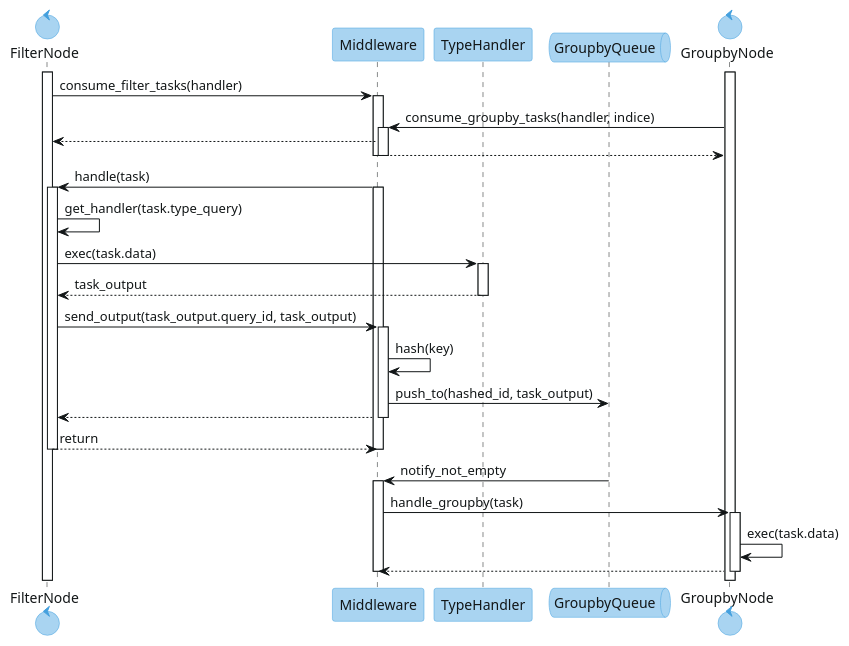
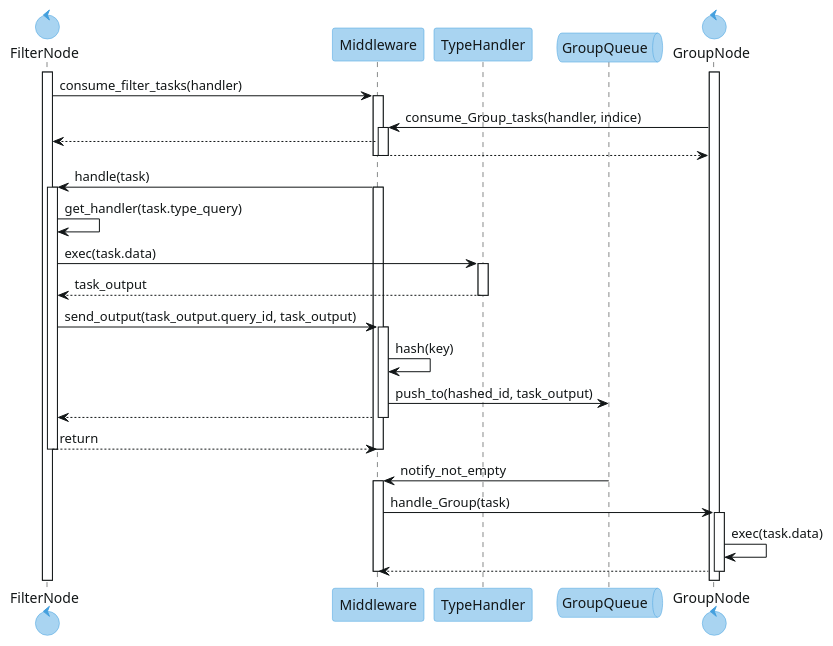
One commit to SebastianVintonuke/TA050-TP-Design changed the diagram in src/puml/filter_node.puml. Above: the diagram before and after it, drawn with PlantUML. The commit also changed 6 other files, not shown here.

```diff
--- a/src/puml/filter_node.puml
+++ b/src/puml/filter_node.puml
@@ -1,80 +1,80 @@
 @startuml
 
 skinparam backgroundColor transparent
 skinparam shadowing false
 
 skinparam defaultFontColor #121617
 skinparam ArrowColor #121617
 
 skinparam SequenceLifelineBorderColor #121617
 skinparam SequenceActivationBorderColor #121617
 
 skinparam EntityBorderColor #a9d4f1
 skinparam ControlBackgroundColor #a9d4f1
 skinparam ParticipantBackgroundColor #a9d4f1
 skinparam QueueBackgroundColor #a9d4f1
 skinparam RectangleBackgroundColor #a9d4f1
 
 skinparam EntityBorderColor #44a0de
 skinparam ControlBorderColor #44a0de
 skinparam ParticipantBorderColor #44a0de
 skinparam QueueBorderColor #44a0de
 skinparam RectangleBorderColor #44a0de
 
 
 control FilterNode
 participant Middleware
 participant TypeHandler
-queue GroupbyQueue
-control GroupbyNode
+queue GroupQueue
+control GroupNode
 
-activate GroupbyNode
+activate GroupNode
 activate FilterNode
 
 FilterNode-> Middleware : consume_filter_tasks(handler)
 activate Middleware
-GroupbyNode-> Middleware : consume_groupby_tasks(handler, indice)
+GroupNode-> Middleware : consume_Group_tasks(handler, indice)
 activate Middleware
 Middleware-->FilterNode: 
 
-Middleware-->GroupbyNode: 
+Middleware-->GroupNode: 
 deactivate Middleware
 deactivate Middleware
 
 
 Middleware -> FilterNode: handle(task)
 activate FilterNode
 activate Middleware
 
 FilterNode-> FilterNode: get_handler(task.type_query)
 FilterNode-> TypeHandler : exec(task.data)
 activate TypeHandler
 TypeHandler --> FilterNode: task_output
 deactivate TypeHandler
 
 FilterNode -> Middleware: send_output(task_output.query_id, task_output)
 activate Middleware
 
 Middleware->Middleware: hash(key)
-Middleware -> GroupbyQueue: push_to(hashed_id, task_output)
+Middleware -> GroupQueue: push_to(hashed_id, task_output)
 
 Middleware -->FilterNode: 
 deactivate Middleware
 FilterNode --> Middleware: return
 deactivate FilterNode
 deactivate Middleware
 
 
-GroupbyQueue -> Middleware: notify_not_empty
+GroupQueue -> Middleware: notify_not_empty
 activate Middleware
 
-Middleware -> GroupbyNode : handle_groupby(task)
-activate GroupbyNode
+Middleware -> GroupNode : handle_Group(task)
+activate GroupNode
 
-GroupbyNode->GroupbyNode: exec(task.data)
-GroupbyNode--> Middleware:
+GroupNode->GroupNode: exec(task.data)
+GroupNode--> Middleware:
 deactivate Middleware
-deactivate GroupbyNode
+deactivate GroupNode
 
 
 @enduml
```
